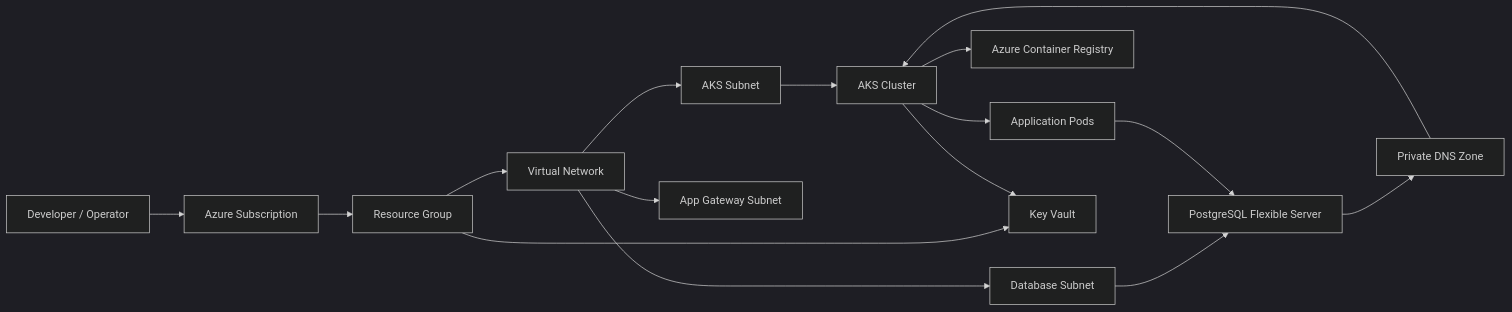
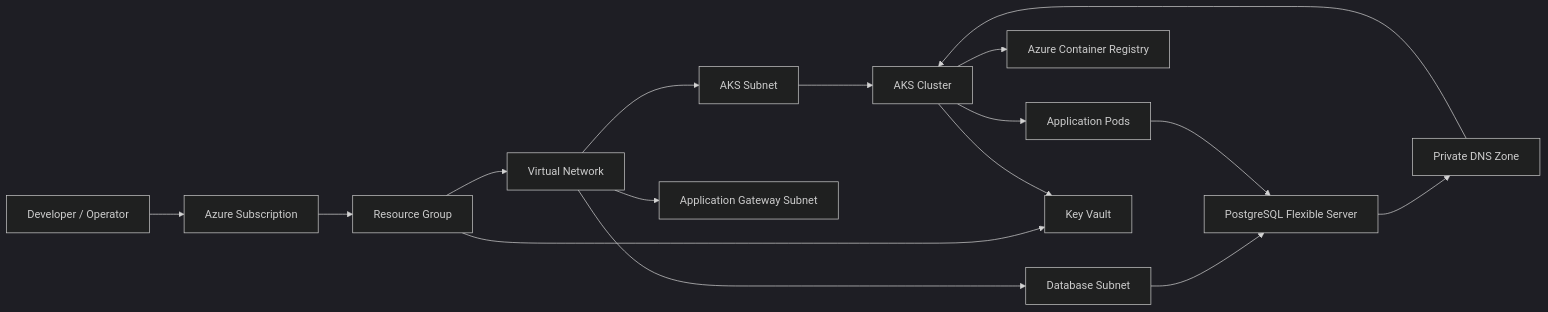
The diagram in README.md (mohdabbas078/azure-aks-infra), drawn with Mermaid (dark theme) before and after one commit. The commit also changed other lines of this file and 5 other files, not shown here.

````diff
--- a/README.md
+++ b/README.md
@@ -19,21 +19,21 @@
 ```mermaid
 flowchart LR
     User[Developer / Operator] --> Azure[Azure Subscription]
     Azure --> RG[Resource Group]
     RG --> VNET[Virtual Network]
     VNET --> AKSSubnet[AKS Subnet]
     VNET --> DBSubnet[Database Subnet]
-    VNET --> AppGWSubnet[App Gateway Subnet]
+    VNET --> AppGWSubnet[Application Gateway Subnet]
 
     AKSSubnet --> AKS[AKS Cluster]
     AKS --> ACR[Azure Container Registry]
     AKS --> K8sPods[Application Pods]
 
     DBSubnet --> PG[PostgreSQL Flexible Server]
     PG --> DNS[Private DNS Zone]
     DNS --> AKS
 
     RG --> KV[Key Vault]
     AKS --> KV
     K8sPods --> PG
 ```
````
